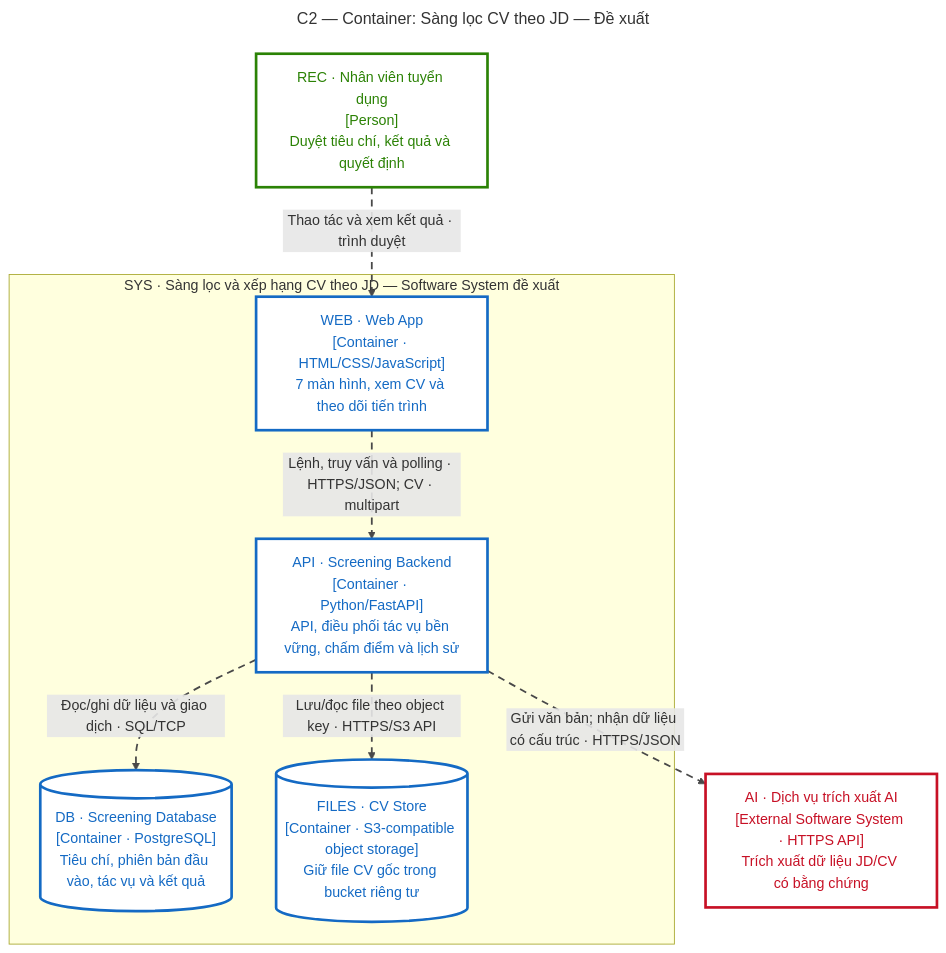
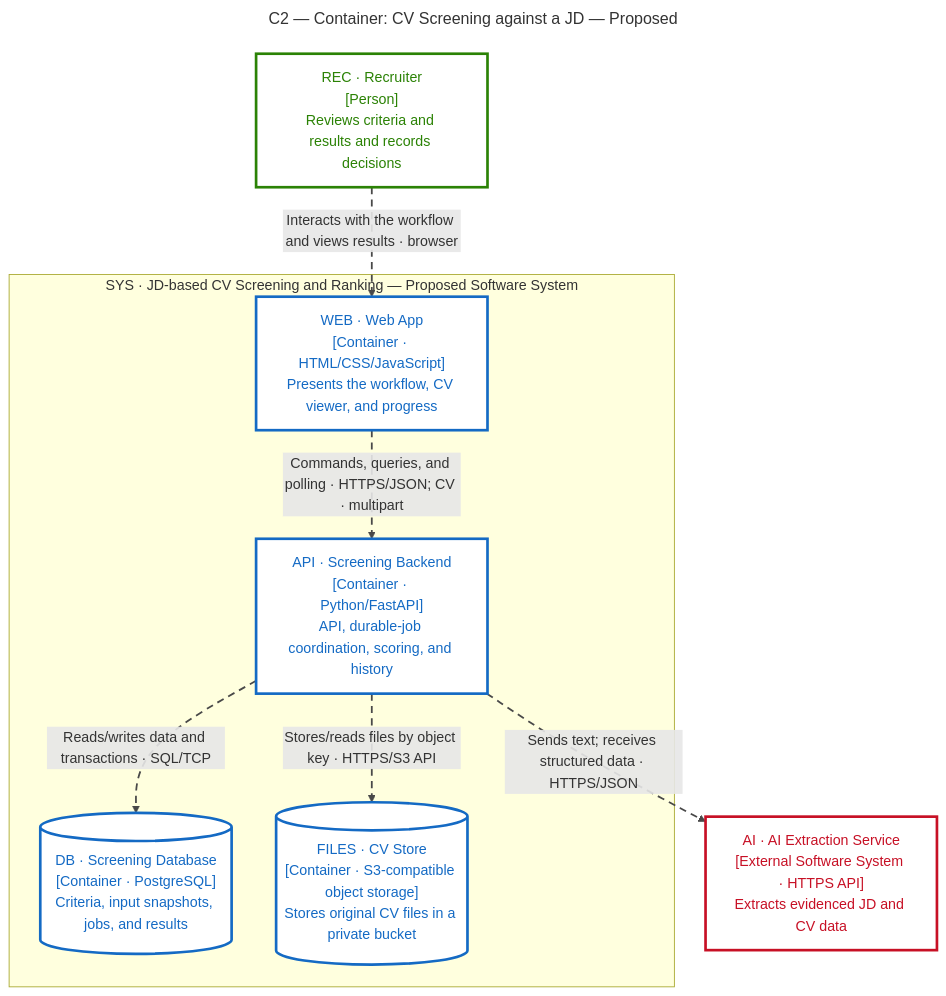
Before and after one commit to linkoc119/recruitment-assistant: the diagram in docs/architecture/c2-containers.md, drawn with Mermaid. The commit also changed other lines of this file and 22 other files, not shown here.

````diff
--- a/docs/architecture/c2-containers.md
+++ b/docs/architecture/c2-containers.md
@@ -16,26 +16,26 @@
 ```mermaid
 ---
-title: "C2 — Container: Sàng lọc CV theo JD — Đề xuất"
+title: "C2 — Container: CV Screening against a JD — Proposed"
 ---
 flowchart TB
-    REC["REC · Nhân viên tuyển dụng<br/>[Person]<br/>Duyệt tiêu chí, kết quả và quyết định"]
-    subgraph SYS["SYS · Sàng lọc và xếp hạng CV theo JD — Software System đề xuất"]
-        WEB["WEB · Web App<br/>[Container · HTML/CSS/JavaScript]<br/>7 màn hình, xem CV và theo dõi tiến trình"]
-        API["API · Screening Backend<br/>[Container · Python/FastAPI]<br/>API, điều phối tác vụ bền vững, chấm điểm và lịch sử"]
-        DB[("DB · Screening Database<br/>[Container · PostgreSQL]<br/>Tiêu chí, phiên bản đầu vào, tác vụ và kết quả")]
-        FILES[("FILES · CV Store<br/>[Container · S3-compatible object storage]<br/>Giữ file CV gốc trong bucket riêng tư")]
-        WEB -->|"Lệnh, truy vấn và polling · HTTPS/JSON; CV · multipart"| API
-        API -->|"Đọc/ghi dữ liệu và giao dịch · SQL/TCP"| DB
-        API -->|"Lưu/đọc file theo object key · HTTPS/S3 API"| FILES
+    REC["REC · Recruiter<br/>[Person]<br/>Reviews criteria and results and records decisions"]
+    subgraph SYS["SYS · JD-based CV Screening and Ranking — Proposed Software System"]
+        WEB["WEB · Web App<br/>[Container · HTML/CSS/JavaScript]<br/>Presents the workflow, CV viewer, and progress"]
+        API["API · Screening Backend<br/>[Container · Python/FastAPI]<br/>API, durable-job coordination, scoring, and history"]
+        DB[("DB · Screening Database<br/>[Container · PostgreSQL]<br/>Criteria, input snapshots, jobs, and results")]
+        FILES[("FILES · CV Store<br/>[Container · S3-compatible object storage]<br/>Stores original CV files in a private bucket")]
+        WEB -->|"Commands, queries, and polling · HTTPS/JSON; CV · multipart"| API
+        API -->|"Reads/writes data and transactions · SQL/TCP"| DB
+        API -->|"Stores/reads files by object key · HTTPS/S3 API"| FILES
     end
-    AI["AI · Dịch vụ trích xuất AI<br/>[External Software System · HTTPS API]<br/>Trích xuất dữ liệu JD/CV có bằng chứng"]
-    REC -->|"Thao tác và xem kết quả · trình duyệt"| WEB
-    API -->|"Gửi văn bản; nhận dữ liệu có cấu trúc · HTTPS/JSON"| AI
+    AI["AI · AI Extraction Service<br/>[External Software System · HTTPS API]<br/>Extracts evidenced JD and CV data"]
+    REC -->|"Interacts with the workflow and views results · browser"| WEB
+    API -->|"Sends text; receives structured data · HTTPS/JSON"| AI
     classDef person fill:#fff,color:#2b8205,stroke:#2b8205,stroke-width:3px
     classDef internal fill:#fff,color:#146ac4,stroke:#146ac4,stroke-width:3px
     classDef external fill:#fff,color:#c71025,stroke:#c71025,stroke-width:3px
     class REC person
     class WEB,API,DB,FILES internal
     class AI external
     linkStyle default stroke:#494949,stroke-width:2px,stroke-dasharray:8 6
 ```
````
